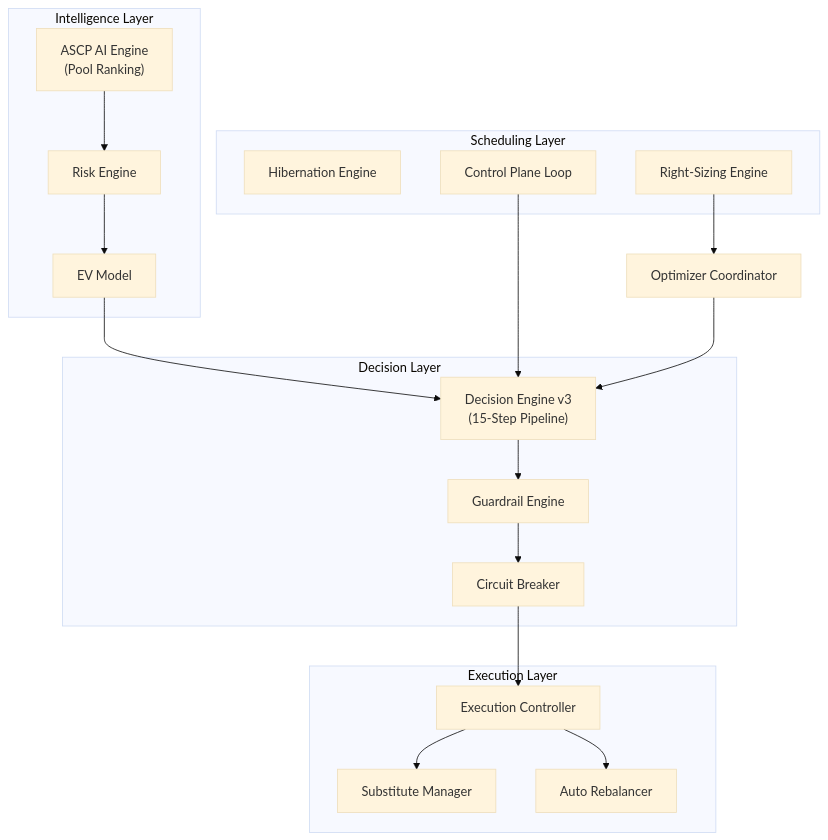
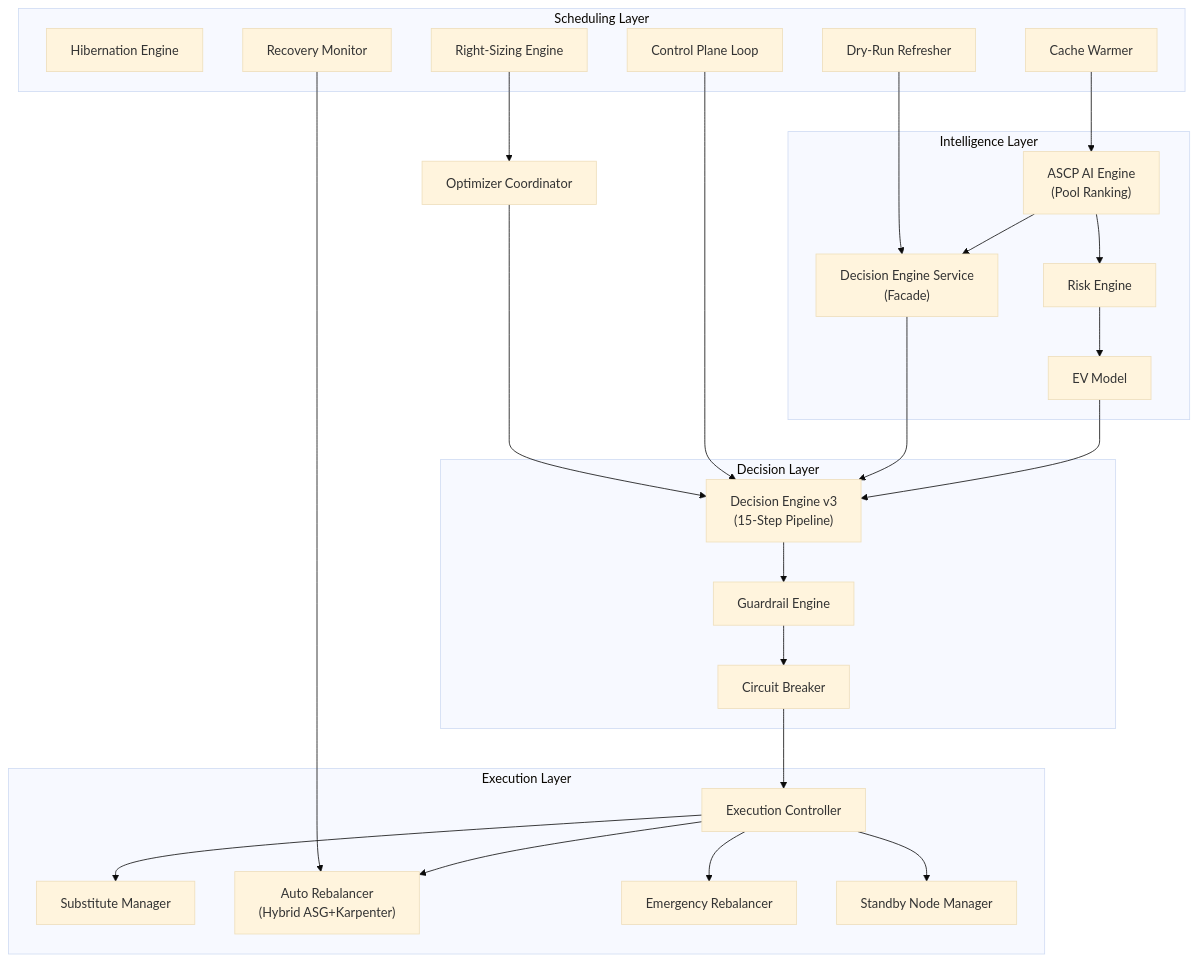
One commit to atharva0608/final-ml changed the diagram in documents/logic.md. Above: the diagram before and after it, drawn with Mermaid (base theme). The commit also changed other lines of this file and 66 other files, not shown here.

````diff
--- a/documents/logic.md
+++ b/documents/logic.md
@@ -16,25 +16,35 @@
 ```mermaid
 flowchart TD
     subgraph "Intelligence Layer"
         A["ASCP AI Engine<br>(Pool Ranking)"] --> B["Risk Engine"]
         B --> C["EV Model"]
+        A --> DE["Decision Engine Service<br>(Facade)"]
     end
     subgraph "Decision Layer"
         C --> D["Decision Engine v3<br>(15-Step Pipeline)"]
         D --> E["Guardrail Engine"]
         E --> F["Circuit Breaker"]
+        DE --> D
     end
     subgraph "Execution Layer"
         F --> G["Execution Controller"]
         G --> H["Substitute Manager"]
-        G --> I["Auto Rebalancer"]
+        G --> I["Auto Rebalancer<br>(Hybrid ASG+Karpenter)"]
+        G --> ER["Emergency Rebalancer"]
+        G --> SB["Standby Node Manager"]
     end
     subgraph "Scheduling Layer"
         J["Hibernation Engine"]
         K["Right-Sizing Engine"]
         L["Control Plane Loop"]
+        RM["Recovery Monitor"]
+        CW["Cache Warmer"]
+        DRR["Dry-Run Refresher"]
     end
     L --> D
     K --> M["Optimizer Coordinator"]
     M --> D
+    RM --> I
+    CW --> A
+    DRR --> DE
 ```
````
